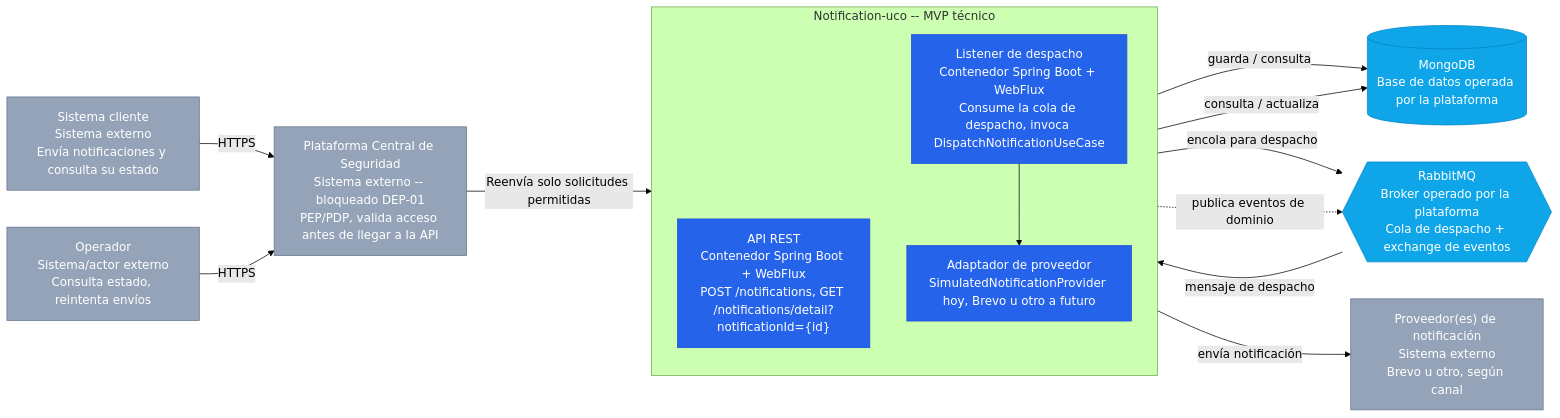
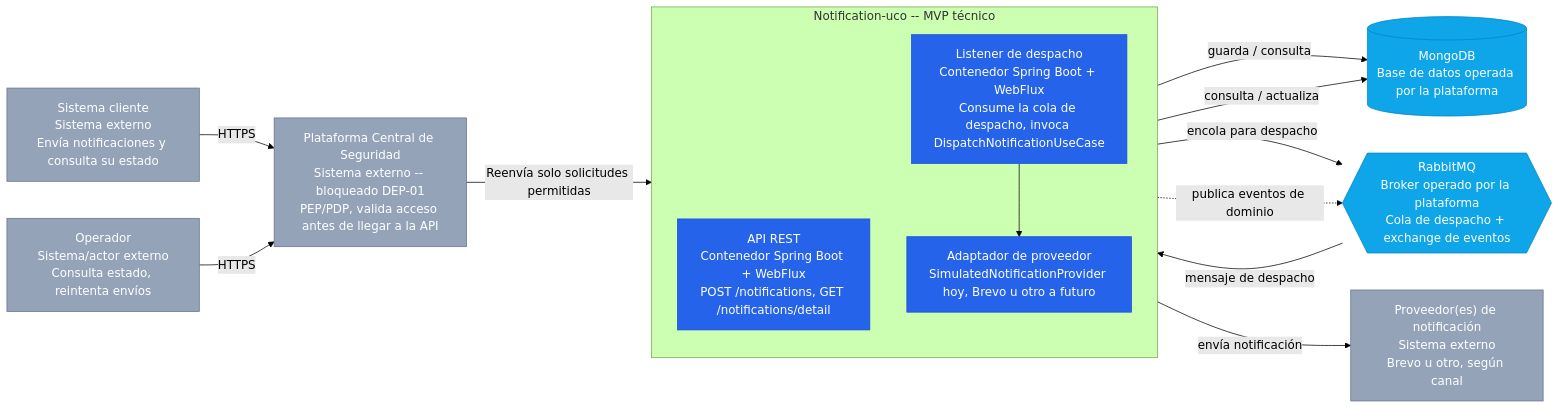
One commit to Andruortiz/Notification-uco changed the diagram in docs/diagramas/03-contenedores-c4.md. Above: the diagram before and after it, drawn with Mermaid (forest theme). The commit also changed 390 other files, not shown here.

````diff
--- a/docs/diagramas/03-contenedores-c4.md
+++ b/docs/diagramas/03-contenedores-c4.md
@@ -3,37 +3,37 @@
 ```mermaid
 flowchart LR
     CLIENTE["Sistema cliente<br/>Sistema externo<br/>Envía notificaciones y consulta su estado"]
     OPERADOR["Operador<br/>Sistema/actor externo<br/>Consulta estado, reintenta envíos"]
 
     subgraph SYS["Notification-uco -- MVP técnico"]
         direction TB
-        RESTAPI["API REST<br/>Contenedor Spring Boot + WebFlux<br/>POST /notifications, GET /notifications/detail?notificationId={id}"]
+        RESTAPI["API REST<br/>Contenedor Spring Boot + WebFlux<br/>POST /notifications, GET /notifications/detail"]
         DISPATCH["Listener de despacho<br/>Contenedor Spring Boot + WebFlux<br/>Consume la cola de despacho, invoca DispatchNotificationUseCase"]
         PROVIDERADAPT["Adaptador de proveedor<br/>SimulatedNotificationProvider hoy, Brevo u otro a futuro"]
     end
 
     MONGODB[("MongoDB<br/>Base de datos operada por la plataforma")]
     RABBITMQ{{"RabbitMQ<br/>Broker operado por la plataforma<br/>Cola de despacho + exchange de eventos"}}
     PROVEEDOR["Proveedor(es) de notificación<br/>Sistema externo<br/>Brevo u otro, según canal"]
     SEGURIDAD["Plataforma Central de Seguridad<br/>Sistema externo -- bloqueado DEP-01<br/>PEP/PDP, valida acceso antes de llegar a la API"]
 
     CLIENTE -->|HTTPS| SEGURIDAD
     OPERADOR -->|HTTPS| SEGURIDAD
     SEGURIDAD -->|Reenvía solo solicitudes permitidas| RESTAPI
 
     RESTAPI -->|guarda / consulta| MONGODB
     RESTAPI -->|encola para despacho| RABBITMQ
     RESTAPI -.->|publica eventos de dominio| RABBITMQ
     RABBITMQ -->|mensaje de despacho| DISPATCH
     DISPATCH -->|consulta / actualiza| MONGODB
     DISPATCH --> PROVIDERADAPT
     PROVIDERADAPT -->|envía notificación| PROVEEDOR
 
     classDef external fill:#94a3b8,color:#fff,stroke:#64748b;
     classDef own fill:#2563eb,color:#fff,stroke:#1d4ed8;
     classDef tech fill:#0ea5e9,color:#fff,stroke:#0284c7;
 
     class CLIENTE,OPERADOR,PROVEEDOR,SEGURIDAD external;
     class RESTAPI,DISPATCH,PROVIDERADAPT own;
     class MONGODB,RABBITMQ tech;
 ```
````
